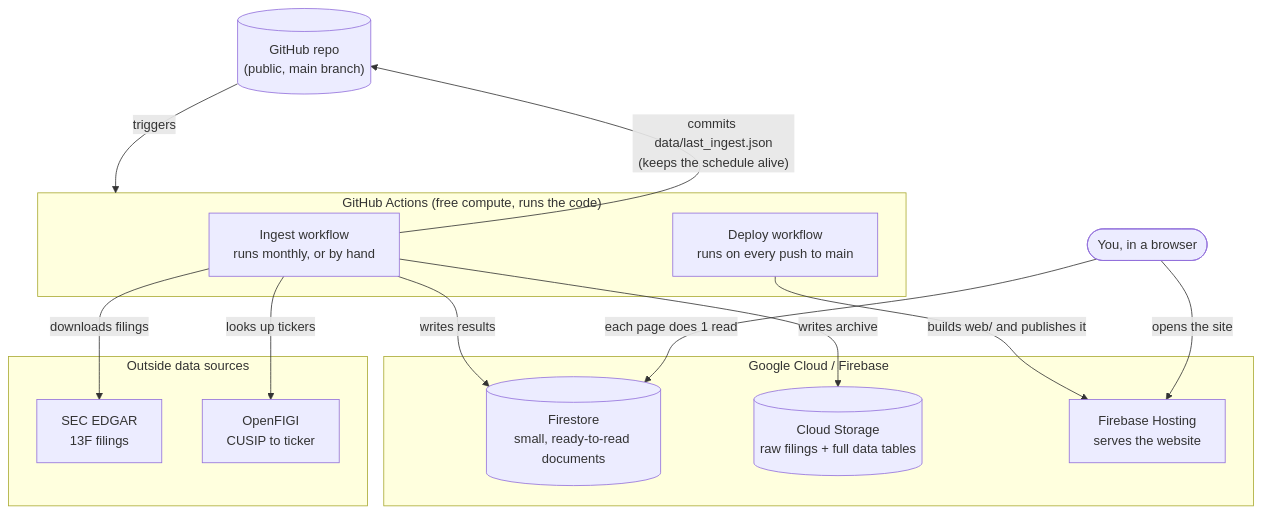
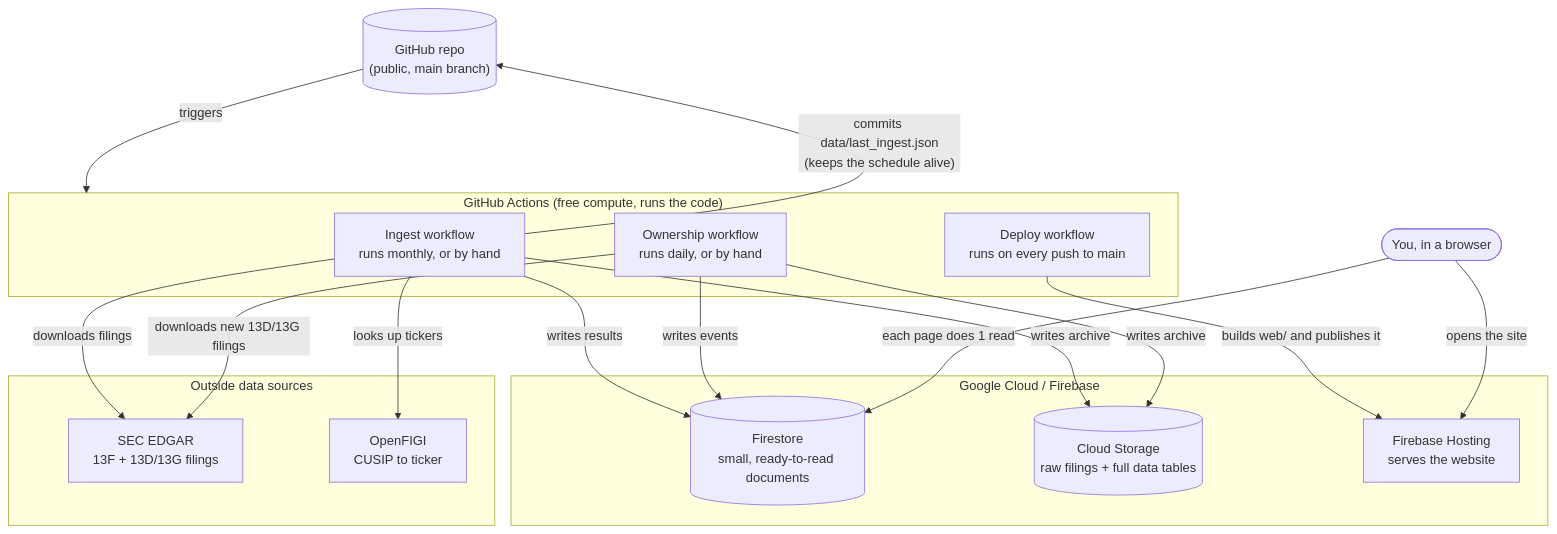
Before and after one commit to zhuy9/13f-dashboard: the first of 3 diagrams in docs/ARCHITECTURE.md, drawn with Mermaid. The commit also changed other lines of this file and 3 other files, not shown here.

````diff
--- a/docs/ARCHITECTURE.md
+++ b/docs/ARCHITECTURE.md
@@ -11,34 +11,39 @@
 ```mermaid
 flowchart TB
     REPO[("GitHub repo\n(public, main branch)")]
 
     subgraph GHA["GitHub Actions (free compute, runs the code)"]
         ING["Ingest workflow\nruns monthly, or by hand"]
+        OWN["Ownership workflow\nruns daily, or by hand"]
         DEP["Deploy workflow\nruns on every push to main"]
     end
 
     subgraph EXT["Outside data sources"]
-        EDGAR["SEC EDGAR\n13F filings"]
+        EDGAR["SEC EDGAR\n13F + 13D/13G filings"]
         FIGI["OpenFIGI\nCUSIP to ticker"]
     end
 
     subgraph GCP["Google Cloud / Firebase"]
         FS[("Firestore\nsmall, ready-to-read documents")]
         GCS[("Cloud Storage\nraw filings + full data tables")]
         HOST["Firebase Hosting\nserves the website"]
     end
 
     VISITOR(["You, in a browser"])
 
     REPO -->|triggers| GHA
     ING -->|downloads filings| EDGAR
     ING -->|looks up tickers| FIGI
     ING -->|writes results| FS
     ING -->|writes archive| GCS
     ING -->|"commits data/last_ingest.json\n(keeps the schedule alive)"| REPO
 
+    OWN -->|downloads new 13D/13G filings| EDGAR
+    OWN -->|writes events| FS
+    OWN -->|writes archive| GCS
+
     DEP -->|builds web/ and publishes it| HOST
 
     VISITOR -->|opens the site| HOST
     VISITOR -->|"each page does 1 read"| FS
 ```
````
